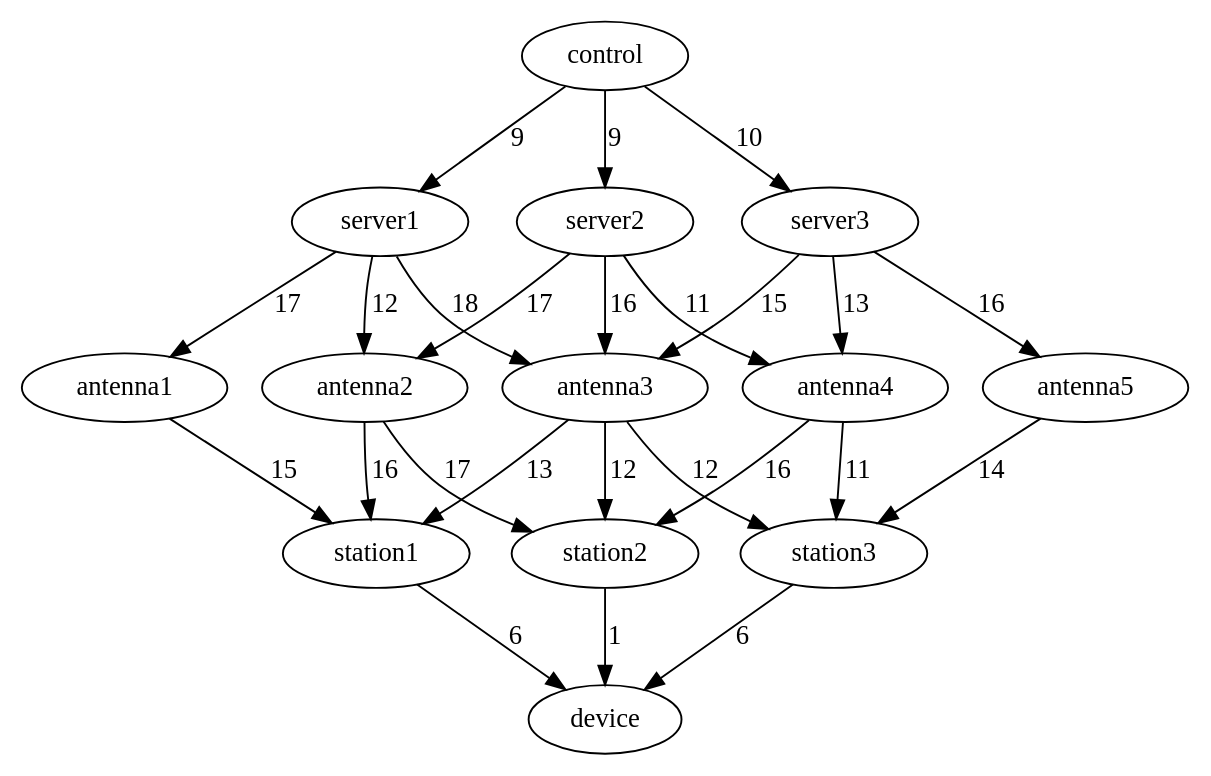
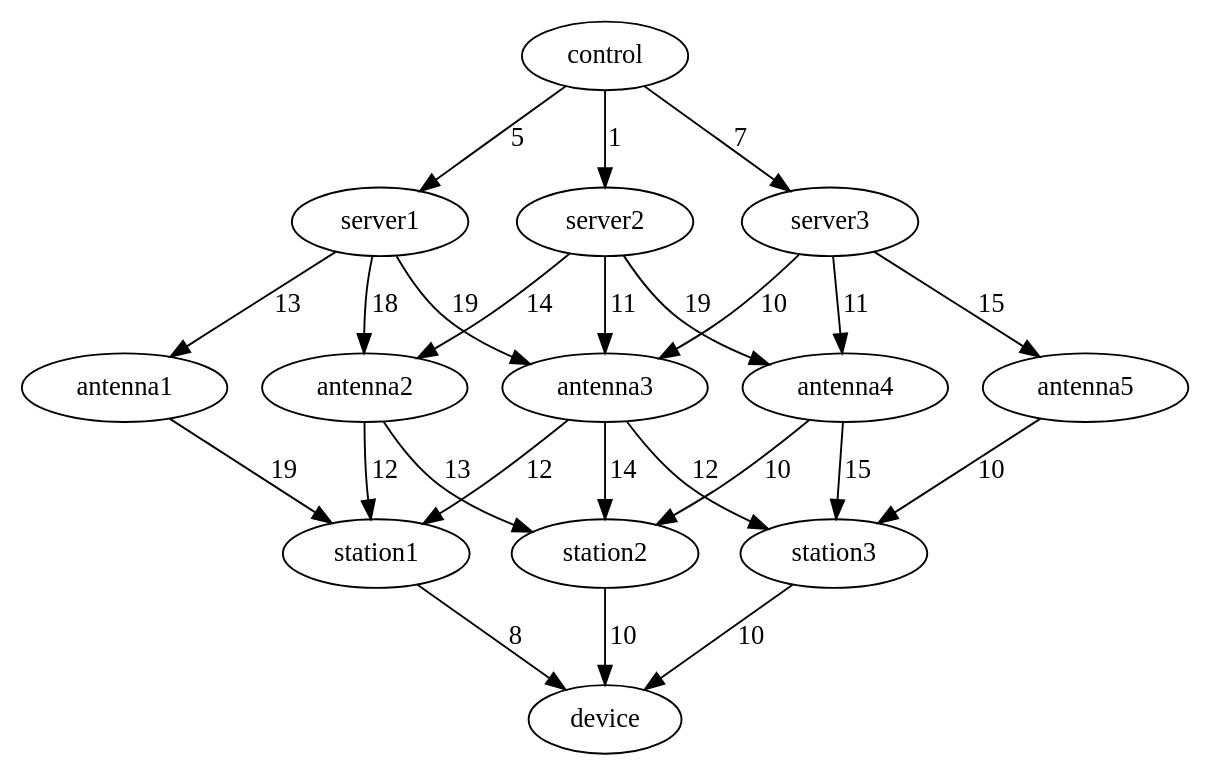
Before and after one commit to MadcowD/CS2420: the diagram in Assignments/rover_netwrok.dot, drawn with Graphviz. The commit also changed 6 other files, not shown here.

```diff
--- a/Assignments/rover_netwrok.dot
+++ b/Assignments/rover_netwrok.dot
@@ -1,26 +1,26 @@
 digraph G {
-	control->server1 [label=9]
-	server1->antenna1 [label=17]
-	server1->antenna2 [label=12]
-	server1->antenna3 [label=18]
-	control->server2 [label=9]
-	server2->antenna2 [label=17]
-	server2->antenna3 [label=16]
-	server2->antenna4 [label=11]
-	control->server3 [label=10]
-	server3->antenna3 [label=15]
-	server3->antenna4 [label=13]
-	server3->antenna5 [label=16]
-	antenna1->station1 [label=15]
-	antenna2->station1 [label=16]
-	antenna3->station1 [label=13]
-	station1->device [label=6]
-	antenna2->station2 [label=17]
-	antenna3->station2 [label=12]
-	antenna4->station2 [label=16]
-	station2->device [label=1]
+	control->server1 [label=5]
+	server1->antenna1 [label=13]
+	server1->antenna2 [label=18]
+	server1->antenna3 [label=19]
+	control->server2 [label=1]
+	server2->antenna2 [label=14]
+	server2->antenna3 [label=11]
+	server2->antenna4 [label=19]
+	control->server3 [label=7]
+	server3->antenna3 [label=10]
+	server3->antenna4 [label=11]
+	server3->antenna5 [label=15]
+	antenna1->station1 [label=19]
+	antenna2->station1 [label=12]
+	antenna3->station1 [label=12]
+	station1->device [label=8]
+	antenna2->station2 [label=13]
+	antenna3->station2 [label=14]
+	antenna4->station2 [label=10]
+	station2->device [label=10]
 	antenna3->station3 [label=12]
-	antenna4->station3 [label=11]
-	antenna5->station3 [label=14]
-	station3->device [label=6]
+	antenna4->station3 [label=15]
+	antenna5->station3 [label=10]
+	station3->device [label=10]
 }
```
